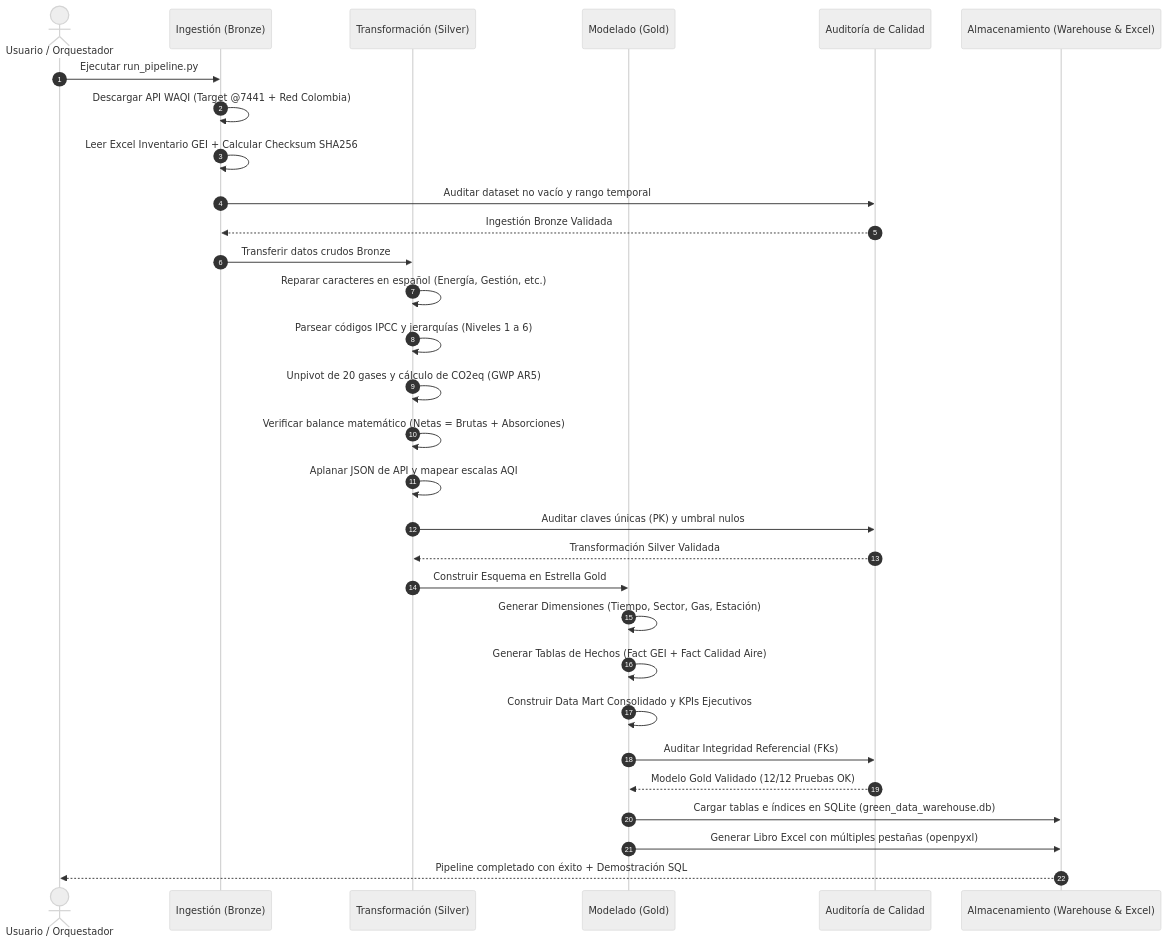
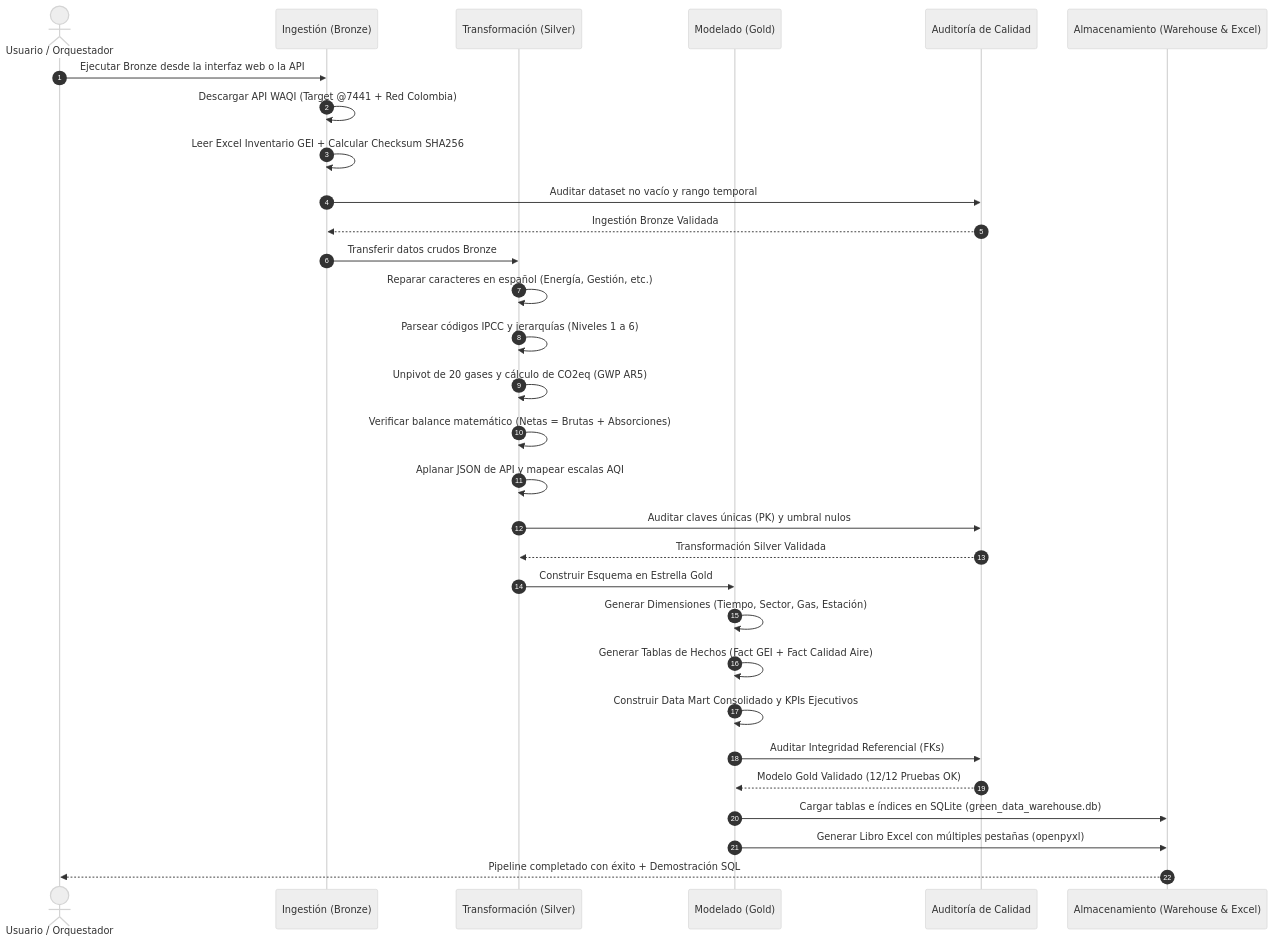
One commit to miguelherrerasantanilla800-wq/Parcial-ETL-Green-Data changed the second of 3 diagrams in README.md. Above: the diagram before and after it, drawn with Mermaid (neutral theme). The commit also changed other lines of this file, not shown here.

````diff
--- a/README.md
+++ b/README.md
@@ -97,36 +102,36 @@
 ```mermaid
 sequenceDiagram
     autonumber
     actor CLI as Usuario / Orquestador
     participant Extractor as Ingestión (Bronze)
     participant Transformer as Transformación (Silver)
     participant Modeler as Modelado (Gold)
     participant Quality as Auditoría de Calidad
     participant Storage as Almacenamiento (Warehouse & Excel)
 
-    CLI->>Extractor: Ejecutar run_pipeline.py
+    CLI->>Extractor: Ejecutar Bronze desde la interfaz web o la API
     Extractor->>Extractor: Descargar API WAQI (Target @7441 + Red Colombia)
     Extractor->>Extractor: Leer Excel Inventario GEI + Calcular Checksum SHA256
     Extractor->>Quality: Auditar dataset no vacío y rango temporal
     Quality-->>Extractor: Ingestión Bronze Validada
 
     Extractor->>Transformer: Transferir datos crudos Bronze
     Transformer->>Transformer: Reparar caracteres en español (Energía, Gestión, etc.)
     Transformer->>Transformer: Parsear códigos IPCC y jerarquías (Niveles 1 a 6)
     Transformer->>Transformer: Unpivot de 20 gases y cálculo de CO2eq (GWP AR5)
     Transformer->>Transformer: Verificar balance matemático (Netas = Brutas + Absorciones)
     Transformer->>Transformer: Aplanar JSON de API y mapear escalas AQI
     Transformer->>Quality: Auditar claves únicas (PK) y umbral nulos
     Quality-->>Transformer: Transformación Silver Validada
 
     Transformer->>Modeler: Construir Esquema en Estrella Gold
     Modeler->>Modeler: Generar Dimensiones (Tiempo, Sector, Gas, Estación)
     Modeler->>Modeler: Generar Tablas de Hechos (Fact GEI + Fact Calidad Aire)
     Modeler->>Modeler: Construir Data Mart Consolidado y KPIs Ejecutivos
     Modeler->>Quality: Auditar Integridad Referencial (FKs)
     Quality-->>Modeler: Modelo Gold Validado (12/12 Pruebas OK)
 
     Modeler->>Storage: Cargar tablas e índices en SQLite (green_data_warehouse.db)
     Modeler->>Storage: Generar Libro Excel con múltiples pestañas (openpyxl)
     Storage-->>CLI: Pipeline completado con éxito + Demostración SQL
 ```
````
